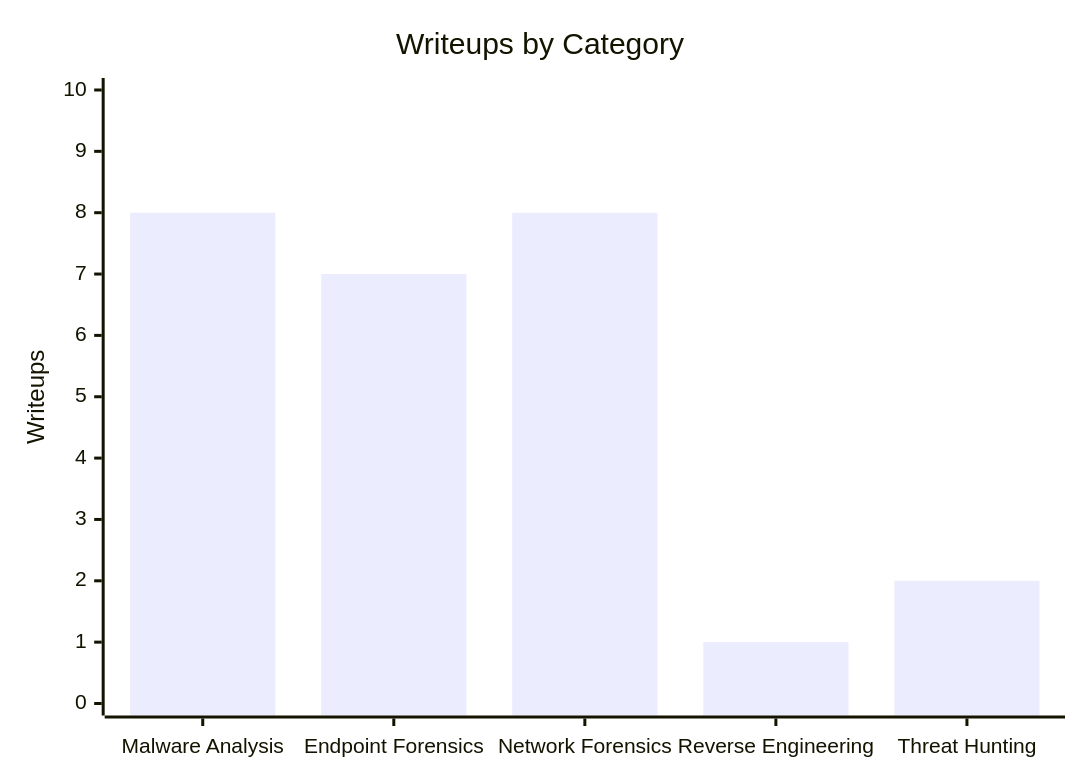
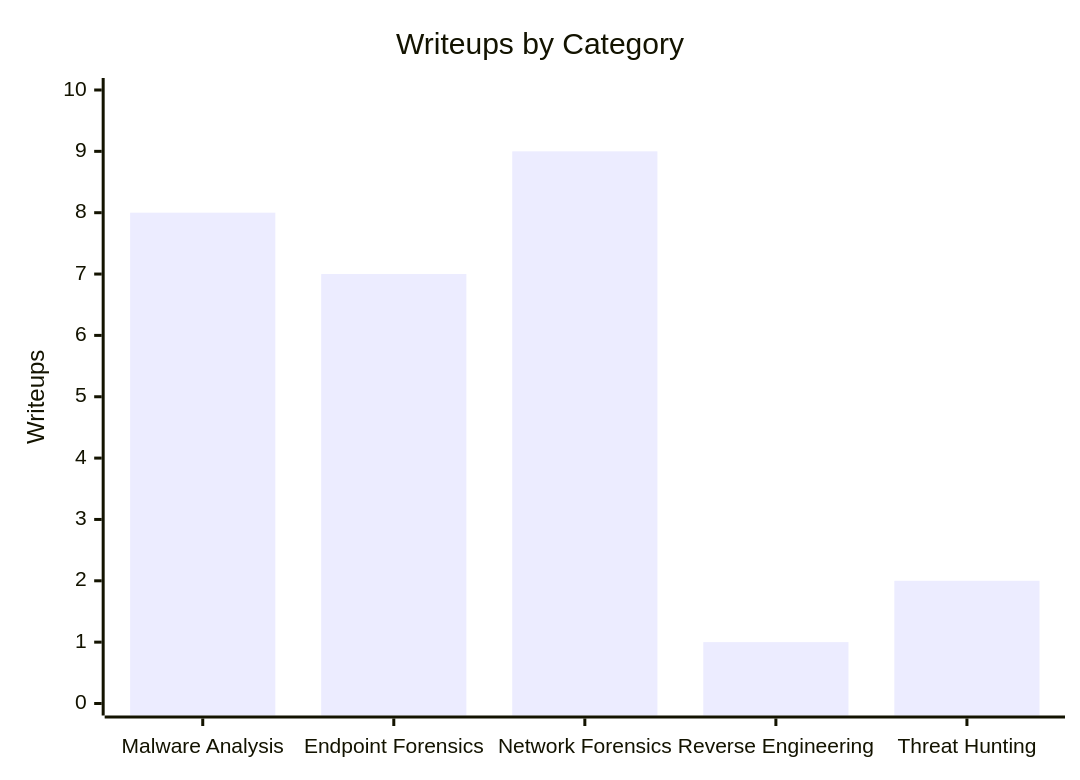
One commit to FrancisVillalon/cyberdefender-writeups changed the diagram in README.md. Above: the diagram before and after it, drawn with Mermaid. The commit also changed other lines of this file and 25 other files, not shown here.

````diff
--- a/README.md
+++ b/README.md
@@ -7,7 +7,7 @@
 ```mermaid
 xychart-beta
     title "Writeups by Category"
     x-axis ["Malware Analysis", "Endpoint Forensics", "Network Forensics", "Reverse Engineering", "Threat Hunting"]
     y-axis "Writeups" 0 --> 10
-    bar [8, 7, 8, 1, 2]
+    bar [8, 7, 9, 1, 2]
 ```
````
